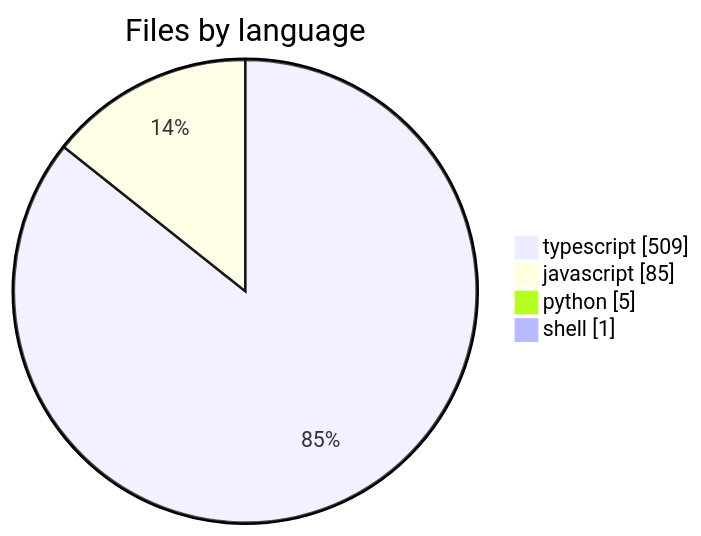
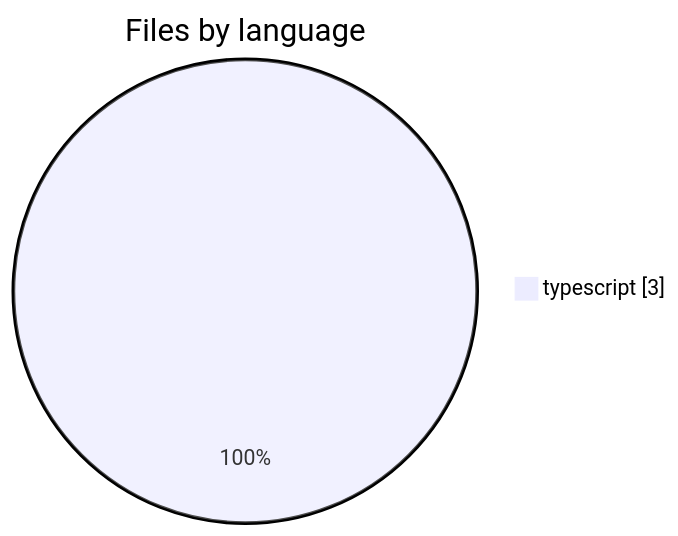
Before and after one commit to tomevault-io/claude-code-plugins: the second of 5 diagrams in bitreonx--mnestis/CLAUDE.md, drawn with Mermaid. The commit also changed other lines of this file, not shown here.

````diff
--- a/bitreonx--mnestis/CLAUDE.md
+++ b/bitreonx--mnestis/CLAUDE.md
@@ -100,7 +91,4 @@
 ```mermaid
 pie showData title Files by language
-    "typescript" : 509
-    "javascript" : 85
-    "python" : 5
-    "shell" : 1
+    "typescript" : 3
 ```
````
